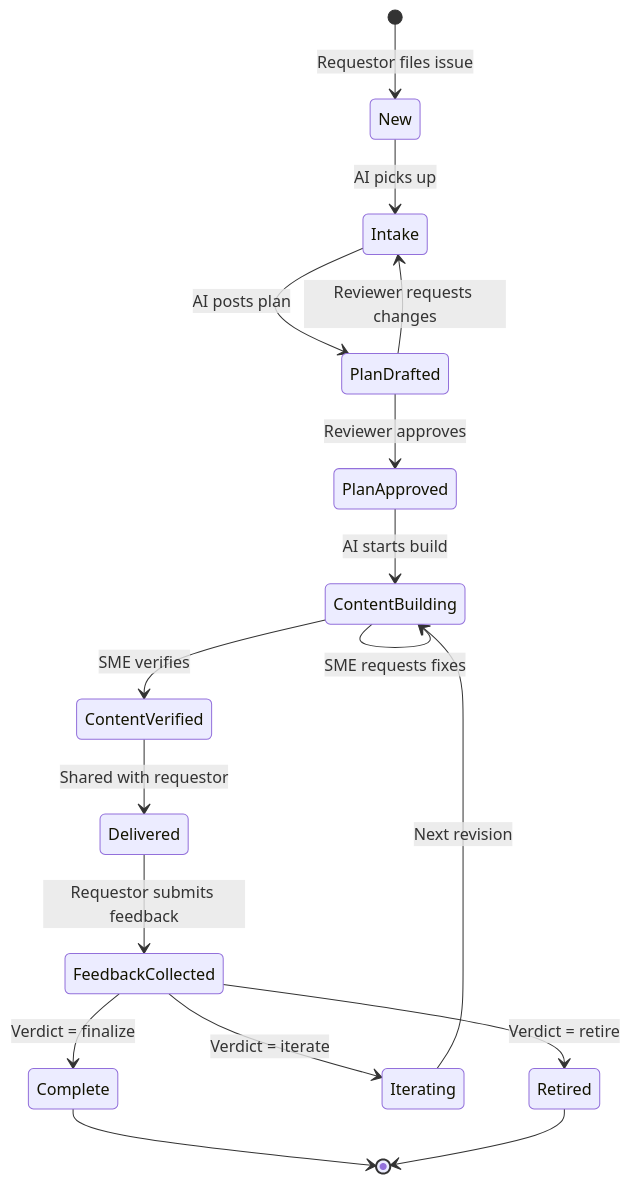
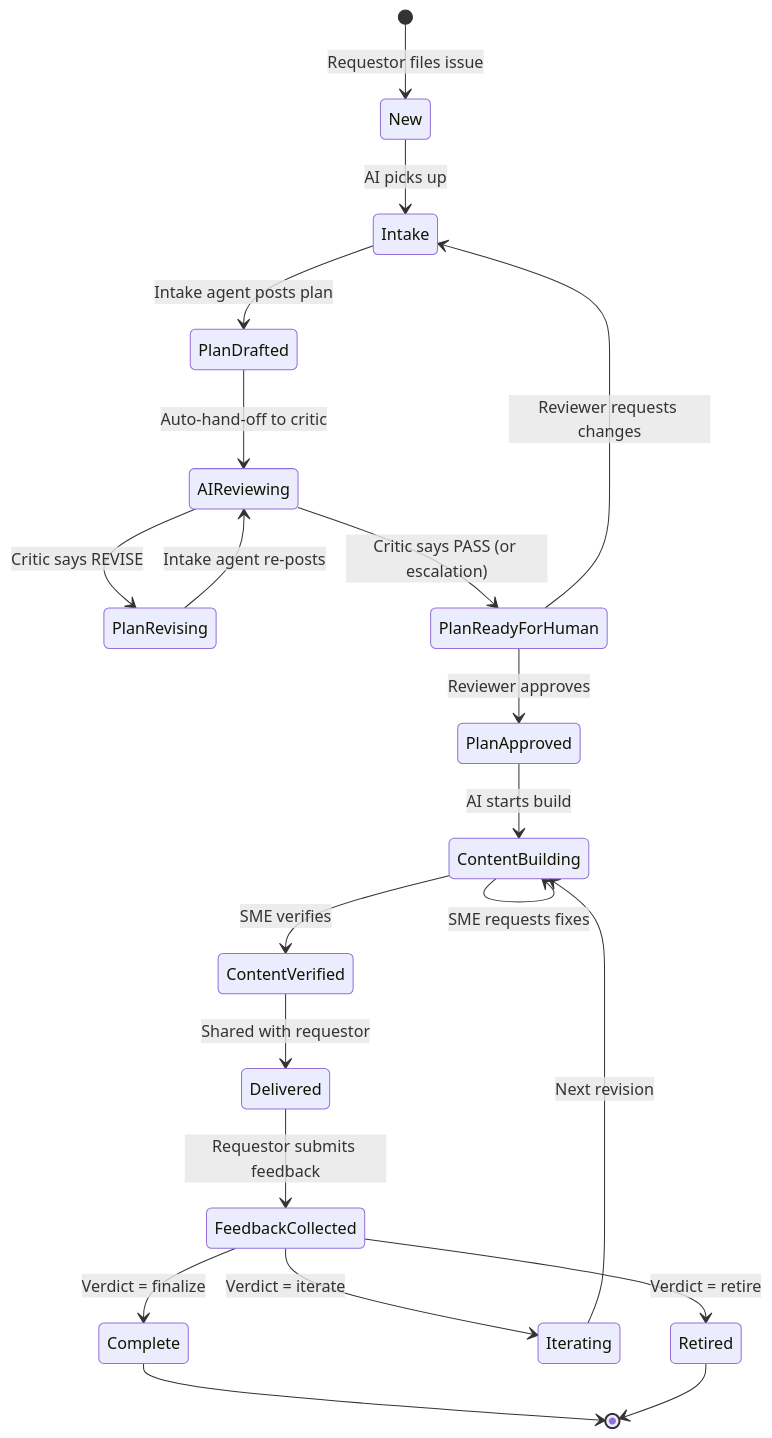
Before and after one commit to tdevere/TrainingRequest: the diagram in docs/WORKFLOW.md, drawn with Mermaid. The commit also changed other lines of this file and 8 other files, not shown here.

Commit message:
feat: add Critic Agent + Plan Acceptance Form + AI review loop

````diff
--- a/docs/WORKFLOW.md
+++ b/docs/WORKFLOW.md
@@ -5,19 +5,23 @@
 ```mermaid
 stateDiagram-v2
     [*] --> New: Requestor files issue
     New --> Intake: AI picks up
-    Intake --> PlanDrafted: AI posts plan
-    PlanDrafted --> PlanApproved: Reviewer approves
-    PlanDrafted --> Intake: Reviewer requests changes
+    Intake --> PlanDrafted: Intake agent posts plan
+    PlanDrafted --> AIReviewing: Auto-hand-off to critic
+    AIReviewing --> PlanRevising: Critic says REVISE
+    PlanRevising --> AIReviewing: Intake agent re-posts
+    AIReviewing --> PlanReadyForHuman: Critic says PASS (or escalation)
+    PlanReadyForHuman --> PlanApproved: Reviewer approves
+    PlanReadyForHuman --> Intake: Reviewer requests changes
     PlanApproved --> ContentBuilding: AI starts build
     ContentBuilding --> ContentVerified: SME verifies
     ContentBuilding --> ContentBuilding: SME requests fixes
     ContentVerified --> Delivered: Shared with requestor
     Delivered --> FeedbackCollected: Requestor submits feedback
     FeedbackCollected --> Complete: Verdict = finalize
     FeedbackCollected --> Iterating: Verdict = iterate
     FeedbackCollected --> Retired: Verdict = retire
     Iterating --> ContentBuilding: Next revision
     Complete --> [*]
     Retired --> [*]
 ```
````
